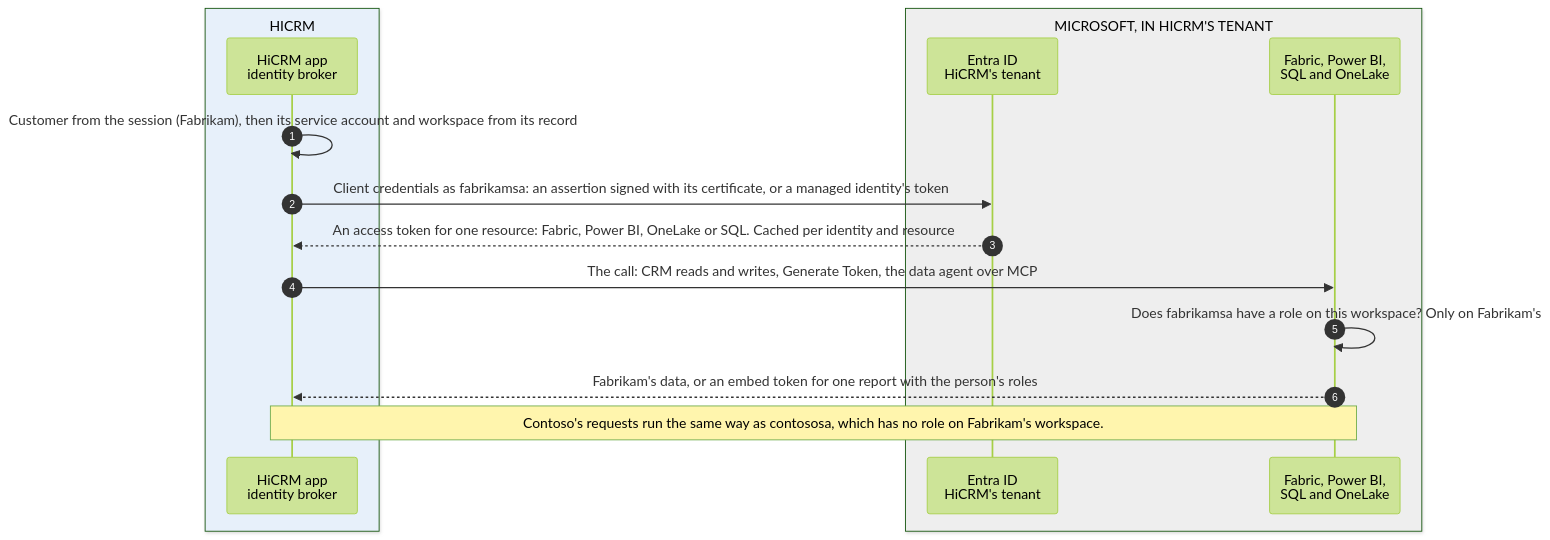
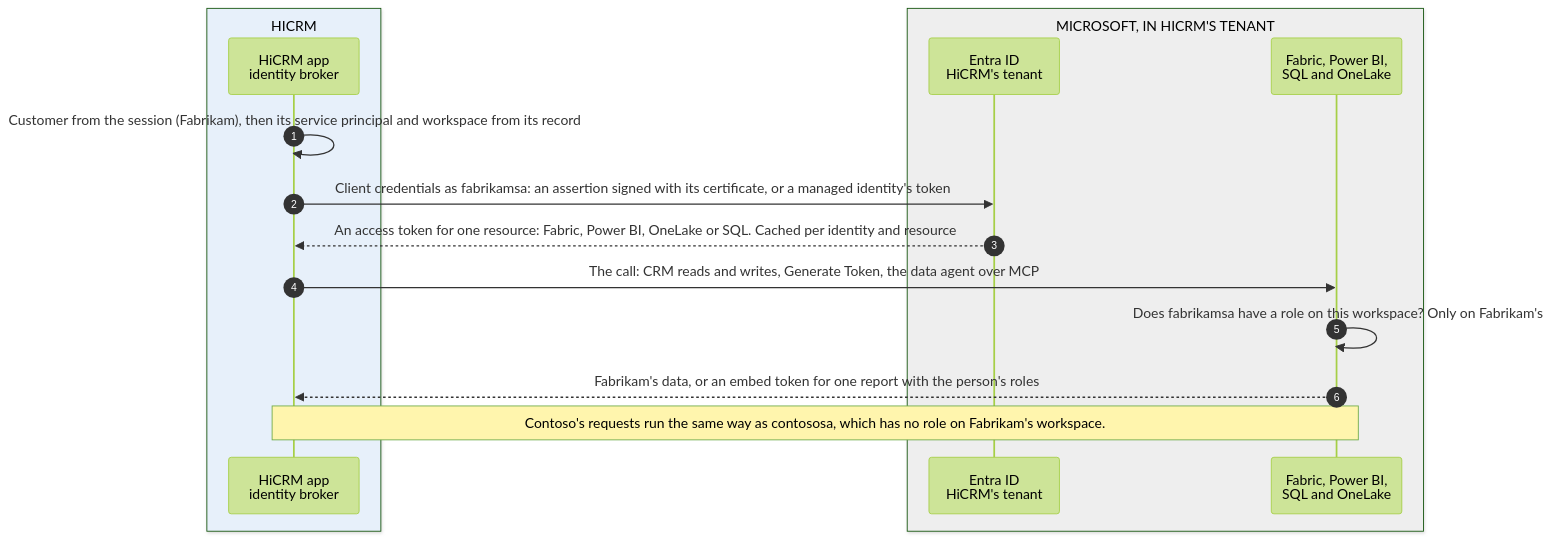
Before and after one commit to apkola29/fabric: the fourth of 5 diagrams in saas-platform/IDENTITIES.md, drawn with Mermaid (forest theme). The commit also changed other lines of this file and 29 other files, not shown here.

First line of the commit message:
saas-platform: View as personas, a diagrams page and validation fixes

````diff
--- a/saas-platform/IDENTITIES.md
+++ b/saas-platform/IDENTITIES.md
@@ -295,19 +295,19 @@
 ```mermaid
 sequenceDiagram
   autonumber
   box rgb(231,240,250) HICRM
     participant A as HiCRM app<br/>identity broker
   end
   box rgb(238,238,238) MICROSOFT, IN HICRM'S TENANT
     participant E as Entra ID<br/>HiCRM's tenant
     participant F as Fabric, Power BI,<br/>SQL and OneLake
   end
 
-  A->>A: Customer from the session (Fabrikam), then its service account and workspace from its record
+  A->>A: Customer from the session (Fabrikam), then its service principal and workspace from its record
   A->>E: Client credentials as fabrikamsa: an assertion signed with its certificate, or a managed identity's token
   E-->>A: An access token for one resource: Fabric, Power BI, OneLake or SQL. Cached per identity and resource
   A->>F: The call: CRM reads and writes, Generate Token, the data agent over MCP
   F->>F: Does fabrikamsa have a role on this workspace? Only on Fabrikam's
   F-->>A: Fabrikam's data, or an embed token for one report with the person's roles
   Note over A,F: Contoso's requests run the same way as contososa, which has no role on Fabrikam's workspace.
 ```
````
